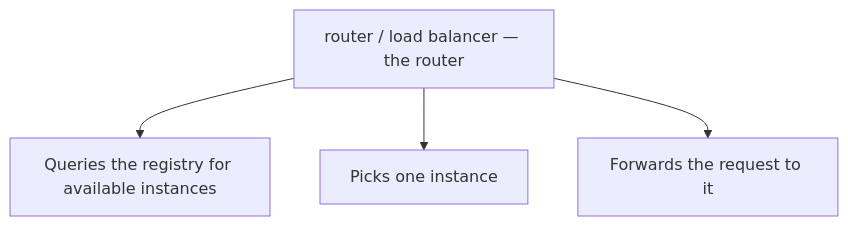
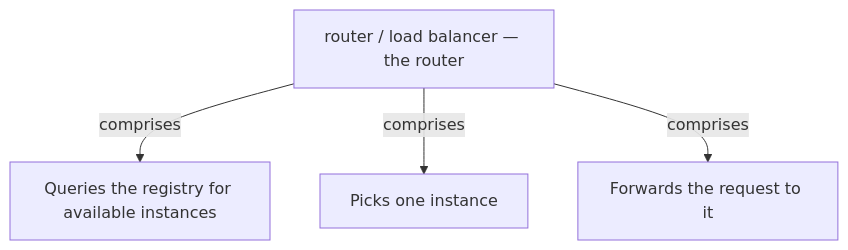
Before and after one commit to vinayakuber/microservices-io-study-guide: the sixth of 14 diagrams in docs/ch11-server-side-discovery.md, drawn with Mermaid. The commit also changed other lines of this file and 71 other files, not shown here.

First line of the commit message:
R18: label every diagram arrow with its meaning

````diff
--- a/docs/ch11-server-side-discovery.md
+++ b/docs/ch11-server-side-discovery.md
@@ -240,7 +240,7 @@
 ```mermaid
 flowchart TD
   R["router / load balancer — the router"]
-  R --> P0["Queries the registry for available instances"]
-  R --> P1["Picks one instance"]
-  R --> P2["Forwards the request to it"]
+  R -->|"comprises"| P0["Queries the registry for available instances"]
+  R -->|"comprises"| P1["Picks one instance"]
+  R -->|"comprises"| P2["Forwards the request to it"]
 ```
````
